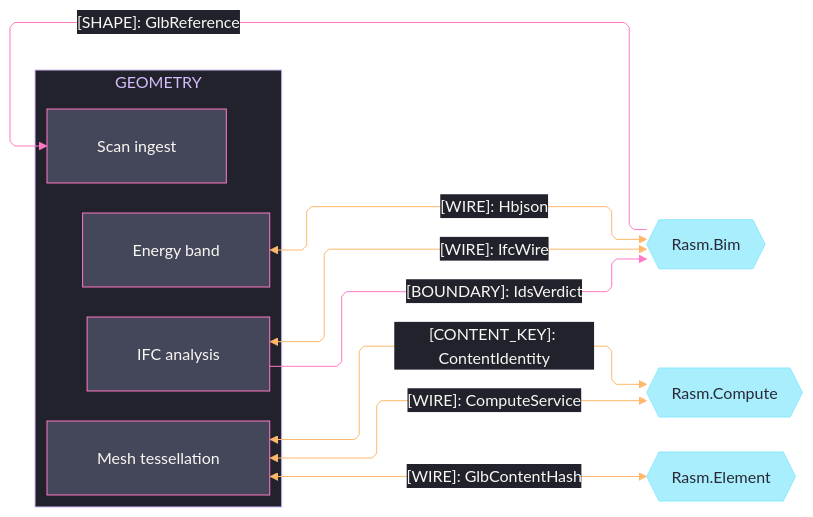
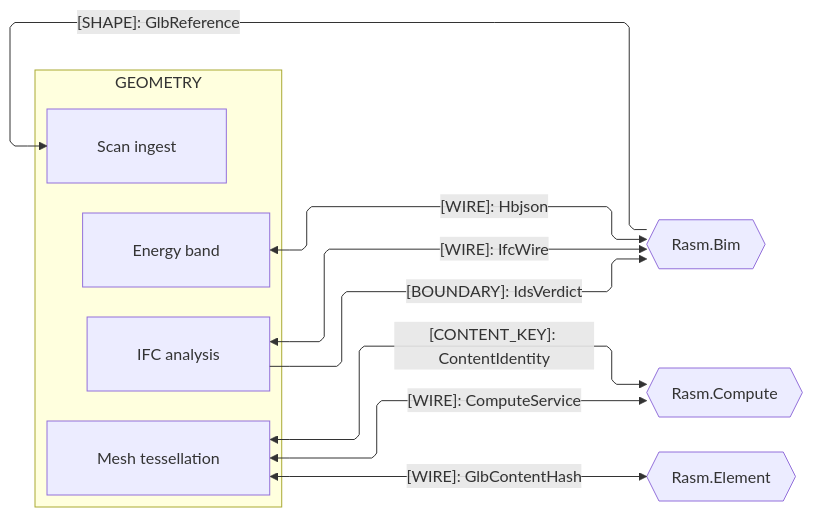
The first of 3 diagrams in libs/python/geometry/ARCHITECTURE.md (bsamiee/Rasm), drawn with Mermaid before and after one commit. The commit also changed other lines of this file and 460 other files, not shown here.

````diff
--- a/libs/python/geometry/ARCHITECTURE.md
+++ b/libs/python/geometry/ARCHITECTURE.md
@@ -45,55 +45,28 @@
 ```mermaid
 ---
 config:
-  theme: base
-  look: classic
   layout: elk
   flowchart:
     curve: linear
     padding: 25
-  themeVariables:
-    darkMode: true
-    fontFamily: "SF Mono, Menlo, Cascadia Mono, Segoe UI Mono, Consolas, monospace"
-    useGradient: false
-    dropShadow: "none"
-    background: "#282A36"
-    primaryColor: "#44475A"
-    primaryTextColor: "#F8F8F2"
-    primaryBorderColor: "#BD93F9"
-    lineColor: "#FF79C6"
-    textColor: "#F8F8F2"
-    clusterBkg: "#21222C"
-    clusterBorder: "#D6BCFA"
-    edgeLabelBackground: "#21222C"
-    labelBackgroundColor: "#21222C"
-    titleColor: "#D6BCFA"
-  themeCSS: ".nodeLabel{font-size:13px;font-weight:500}.edgeLabel{font-size:12px;font-weight:500}.cluster-label .nodeLabel{font-size:13.5px;font-weight:700;letter-spacing:.08em}.edge-thickness-normal{stroke-width:2px}.edge-thickness-thick{stroke-width:3px}.edge-pattern-dashed,.edge-pattern-dotted{stroke-width:1.5px;stroke-dasharray:4 6}.node rect,.node circle,.node polygon,.node path,.node .outer-path{stroke-width:1.5px;filter:none!important}.cluster rect{stroke-width:1px!important;stroke-dasharray:5 4!important;filter:none!important}.marker path{transform:scale(.8);transform-origin:5px 5px}.marker circle{transform:scale(.48);transform-origin:5px 5px}.edgeLabel rect{transform-box:fill-box;transform-origin:center;transform:scale(1.1,1.2)}"
 ---
 flowchart LR
     accTitle: Geometry cross-runtime C# peer seams
-    accDescr: Geometry sub-domain owners exchanging tessellation wires, content keys, IFC crossings, and validation evidence with the C# runtimes Rasm.Compute, Rasm.Element, and Rasm.Bim, edge rails colored by kind and nodes classed by seam direction.
+    accDescr: Geometry sub-domain owners exchanging tessellation wires, content keys, IFC crossings, and validation evidence with the C# runtimes Rasm.Compute, Rasm.Element, and Rasm.Bim, one labeled edge per contract family.
     subgraph geometry[GEOMETRY]
         Mesh[Mesh tessellation]
         Ifc[IFC analysis]
         Scan[Scan ingest]
         Energy[Energy band]
     end
     Bim{{Rasm.Bim}}
     Compute{{Rasm.Compute}}
     Element{{Rasm.Element}}
     Mesh e1@<-->|"[WIRE]: ComputeService"| Compute
     Mesh e2@<-->|"[CONTENT_KEY]: ContentIdentity"| Compute
     Mesh e3@<-->|"[WIRE]: GlbContentHash"| Element
     Ifc e4@<-->|"[WIRE]: IfcWire"| Bim
     Ifc e5@-->|"[BOUNDARY]: IdsVerdict"| Bim
     Bim e6@-->|"[SHAPE]: GlbReference"| Scan
     Energy e7@<-->|"[WIRE]: Hbjson"| Bim
-    classDef primary fill:#44475A,stroke:#FF79C6,color:#F8F8F2
-    classDef external fill:#8BE9FDBF,stroke:#8BE9FD,color:#282A36
-    classDef edgeData stroke:#FFB86C,color:#F8F8F2
-    classDef edgeControl stroke:#FF79C6,color:#F8F8F2
-    class Mesh,Ifc,Scan,Energy primary
-    class Bim,Compute,Element external
-    class e1,e2,e3,e4,e7 edgeData
-    class e5,e6 edgeControl
 ```
````
